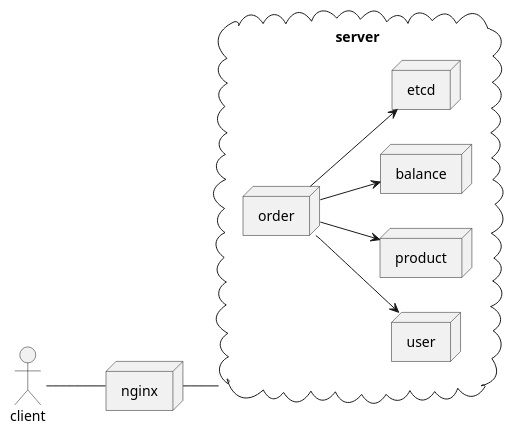
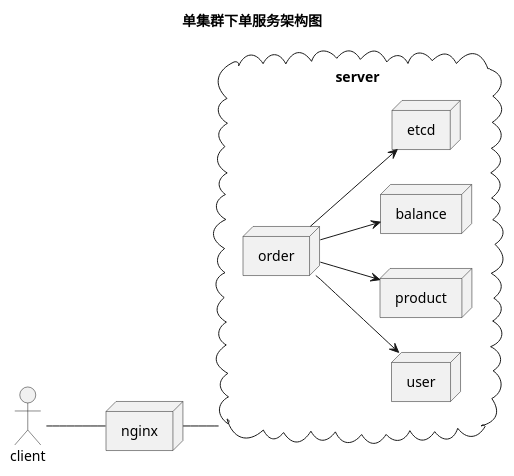
The diagram in doc/order.md (zhouxyang/micro_framework), drawn with PlantUML before and after one commit. The commit also changed 4 other files, not shown here.

```diff
--- a/doc/order.md
+++ b/doc/order.md
@@ -1,24 +1,26 @@
 @startuml
+title 单集群下单服务架构图
+
 left to right direction
 actor client
 
 node nginx
 
 cloud server{
 node order
 node user
 node product
 node balance
 node etcd
 order --> user
 order --> product
 order --> balance
 order --> etcd
 }
 
 client -- nginx
 
 nginx -- server
 
 
 @enduml
```
